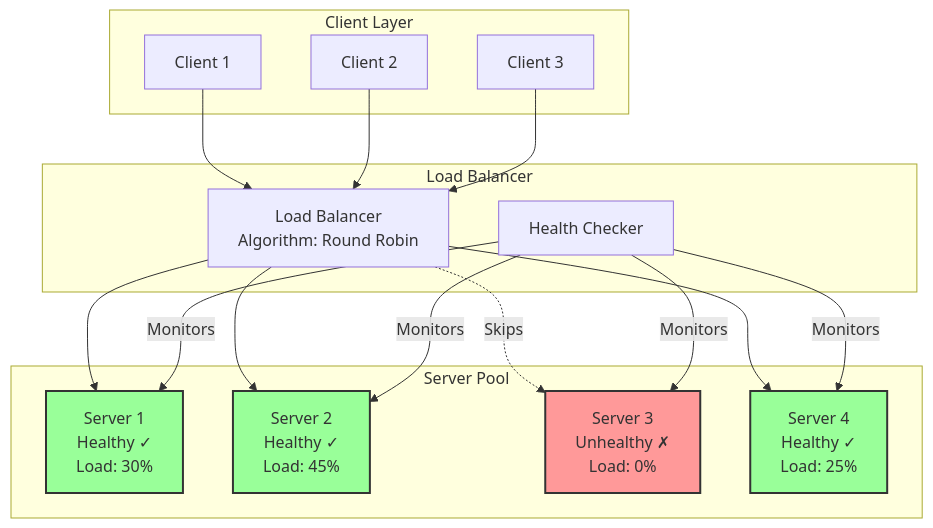
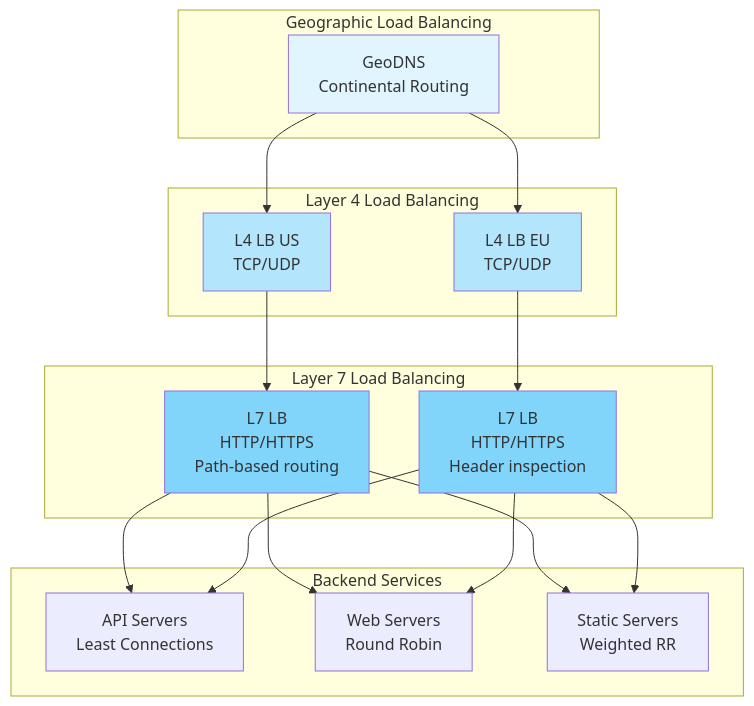
Before and after one commit to deepaucksharma/DStudio: the first of 4 diagrams in docs/pattern-library/scaling/load-balancing.md, drawn with Mermaid. The commit also changed other lines of this file and 12 other files, not shown here.

````diff
--- a/docs/pattern-library/scaling/load-balancing.md
+++ b/docs/pattern-library/scaling/load-balancing.md
@@ -94,30 +64,33 @@
 ```mermaid
 graph TB
-    subgraph "Client Layer"
-        C1[Client 1]
-        C2[Client 2]
-        C3[Client 3]
+    subgraph "Geographic Load Balancing"
+        DNS[GeoDNS<br/>Continental Routing]
     end
     
-    subgraph "Load Balancer"
-        LB[Load Balancer<br/>Algorithm: Round Robin]
-        HC[Health Checker]
+    subgraph "Layer 4 Load Balancing"
+        L4_US[L4 LB US<br/>TCP/UDP]
+        L4_EU[L4 LB EU<br/>TCP/UDP]
     end
     
-    subgraph "Server Pool"
-        S1[Server 1<br/>Healthy ✓<br/>Load: 30%]
-        S2[Server 2<br/>Healthy ✓<br/>Load: 45%]
-        S3[Server 3<br/>Unhealthy ✗<br/>Load: 0%]
-        S4[Server 4<br/>Healthy ✓<br/>Load: 25%]
+    subgraph "Layer 7 Load Balancing"
+        L7_1[L7 LB<br/>HTTP/HTTPS<br/>Path-based routing]
+        L7_2[L7 LB<br/>HTTP/HTTPS<br/>Header inspection]
     end
     
-    C1 & C2 & C3 --> LB
-    LB --> S1 & S2 & S4
-    LB -.->|Skips| S3
-    HC -->|Monitors| S1 & S2 & S3 & S4
+    subgraph "Backend Services"
+        API[API Servers<br/>Least Connections]
+        WEB[Web Servers<br/>Round Robin]
+        STATIC[Static Servers<br/>Weighted RR]
+    end
     
-    style S3 fill:#f99,stroke:#333,stroke-width:2px
-    style S1 fill:#9f9,stroke:#333,stroke-width:2px
-    style S2 fill:#9f9,stroke:#333,stroke-width:2px
-    style S4 fill:#9f9,stroke:#333,stroke-width:2px
+    DNS --> L4_US & L4_EU
+    L4_US --> L7_1
+    L4_EU --> L7_2
+    L7_1 & L7_2 --> API & WEB & STATIC
+    
+    style DNS fill:#e1f5fe
+    style L4_US fill:#b3e5fc
+    style L4_EU fill:#b3e5fc
+    style L7_1 fill:#81d4fa
+    style L7_2 fill:#81d4fa
 ```
````
